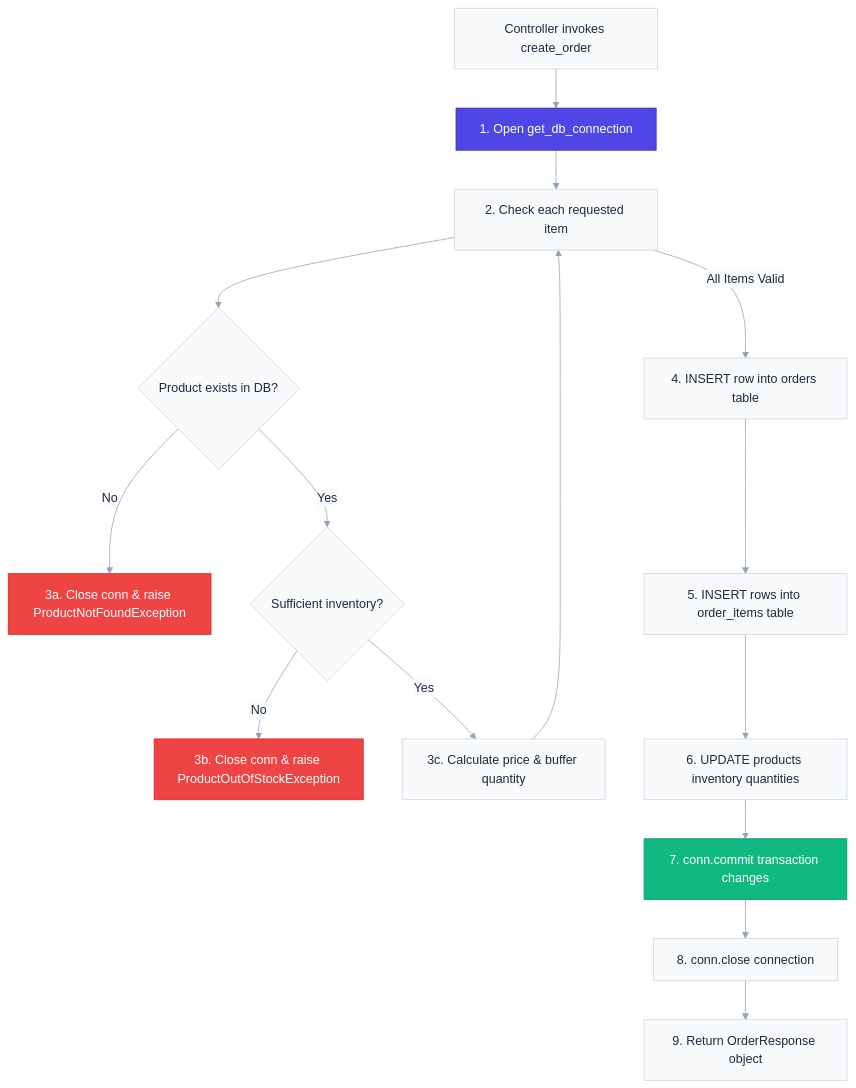
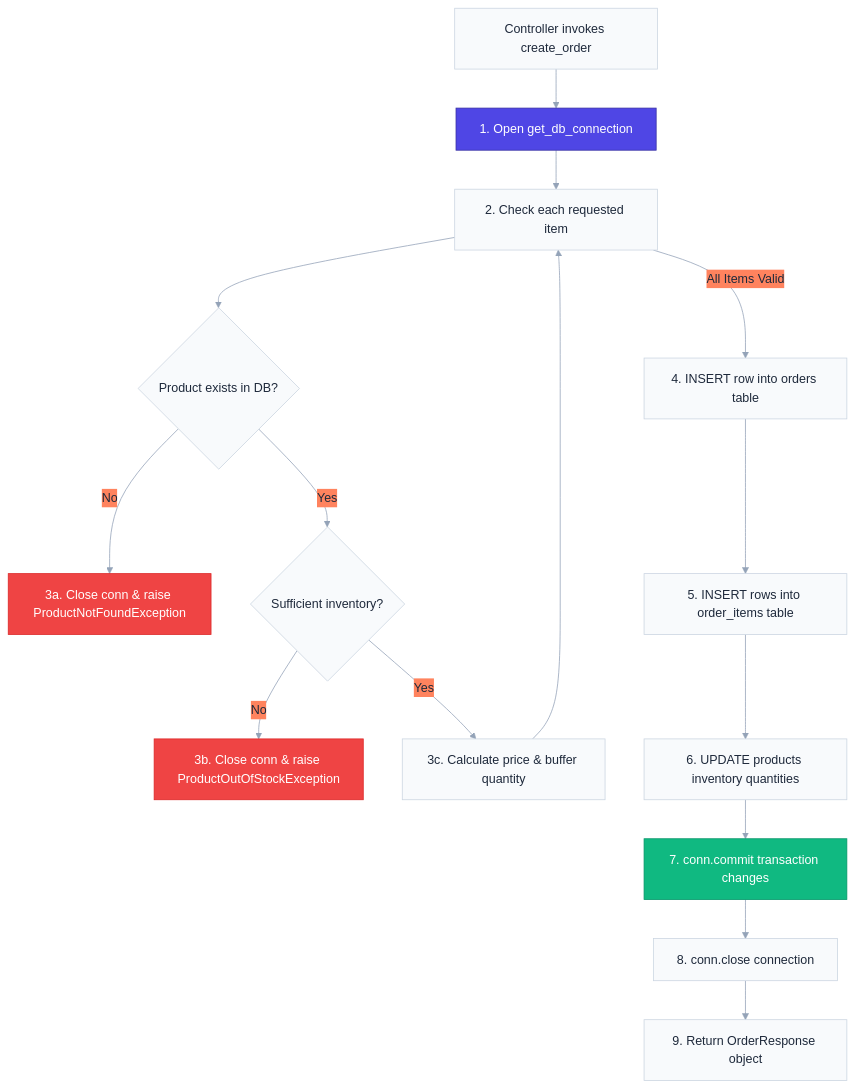
Before and after one commit to nakul-cloud/ecommerce-api: the diagram in app/services/README.md, drawn with Mermaid. The commit also changed other lines of this file, not shown here.

````diff
--- a/app/services/README.md
+++ b/app/services/README.md
@@ -28,23 +22,23 @@
 ```mermaid
-%%{init: {'theme': 'base', 'themeVariables': {'primaryColor': '#4f46e5', 'primaryTextColor': '#1e293b', 'primaryBorderColor': '#3730a3', 'lineColor': '#94a3b8', 'secondaryColor': '#10b981', 'tertiaryColor': '#f59e0b', 'background': '#ffffff', 'mainBkg': '#f8fafc', 'nodeBorder': '#cbd5e1', 'nodeTextColor': '#1e293b', 'textColor': '#ffffff', 'titleColor': '#ffffff', 'edgeLabelBackground': '#f8fafc', 'clusterBkg': '#f1f5f9', 'clusterBorder': '#e2e8f0'}}}%%
+%%{init: {'theme': 'base', 'themeVariables': {'primaryColor': '#4f46e5', 'primaryTextColor': '#1e293b', 'primaryBorderColor': '#3730a3', 'lineColor': '#94a3b8', 'secondaryColor': '#10b981', 'tertiaryColor': '#f59e0b', 'background': '#ffffff', 'mainBkg': '#f8fafc', 'nodeBorder': '#cbd5e1', 'nodeTextColor': '#1e293b', 'textColor': '#ffffff', 'titleColor': '#ffffff', 'edgeLabelBackground': '#ff835eff', 'clusterBkg': '#f1f5f9', 'clusterBorder': '#e2e8f0'}}}%%
 flowchart TD
     Start[Controller invokes create_order] --> DBConn[1. Open get_db_connection]
     DBConn --> LoopItems[2. Check each requested item]
     LoopItems --> CheckProd{Product exists in DB?}
     CheckProd -->|No| RaiseNF[3a. Close conn & raise ProductNotFoundException]
     CheckProd -->|Yes| CheckStock{Sufficient inventory?}
     CheckStock -->|No| RaiseOOS[3b. Close conn & raise ProductOutOfStockException]
     CheckStock -->|Yes| CalcPrice[3c. Calculate price & buffer quantity]
     CalcPrice --> LoopItems
     LoopItems -->|All Items Valid| InsertOrder[4. INSERT row into orders table]
     InsertOrder --> InsertItems[5. INSERT rows into order_items table]
     InsertItems --> DeductStock[6. UPDATE products inventory quantities]
     DeductStock --> Commit[7. conn.commit transaction changes]
     Commit --> CloseConn[8. conn.close connection]
     CloseConn --> ReturnRes[9. Return OrderResponse object]
     
     style DBConn fill:#4f46e5,stroke:#3730a3,color:#ffffff
     style Commit fill:#10b981,stroke:#059669,color:#ffffff
     style RaiseNF fill:#ef4444,stroke:#dc2626,color:#ffffff
     style RaiseOOS fill:#ef4444,stroke:#dc2626,color:#ffffff
 ```
````
